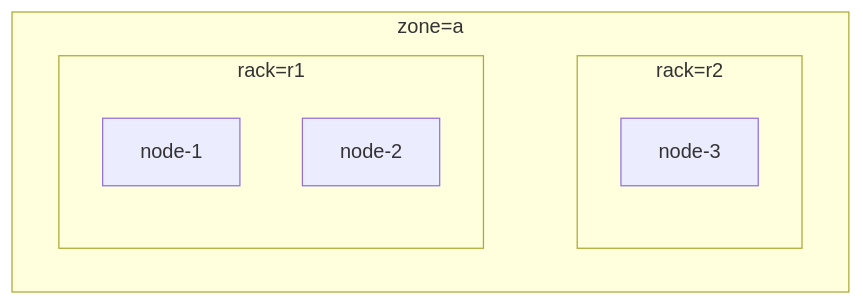
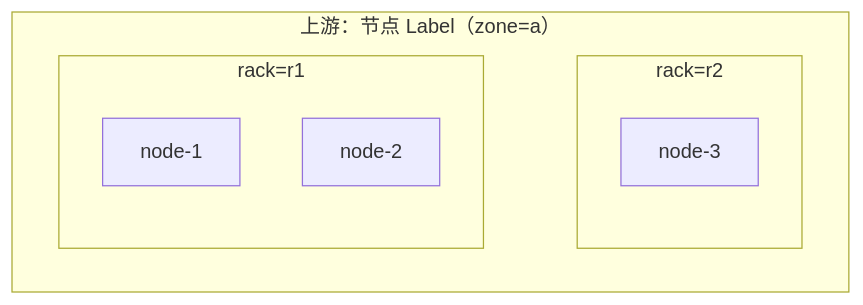
One commit to JesseStutler/volcano changed the sixth of 11 diagrams in docs/research/k8s-workload-aware-scheduling-vs-volcano-cn.md. Above: the diagram before and after it, drawn with Mermaid. The commit also changed other lines of this file and 1 other file, not shown here.

First line of the commit message:
docs: tighten report for sharing and add single-Pod vs PodGroup flow

````diff
--- a/docs/research/k8s-workload-aware-scheduling-vs-volcano-cn.md
+++ b/docs/research/k8s-workload-aware-scheduling-vs-volcano-cn.md
@@ -357,14 +274,14 @@
 ```mermaid
 flowchart LR
-    subgraph Z["zone=a"]
+    subgraph Z["上游：节点 Label（zone=a）"]
         direction LR
         subgraph R1["rack=r1"]
             UN1["node-1"]
             UN2["node-2"]
         end
         subgraph R2["rack=r2"]
             UN3["node-3"]
         end
     end
     R1 ~~~ R2
 ```
````
